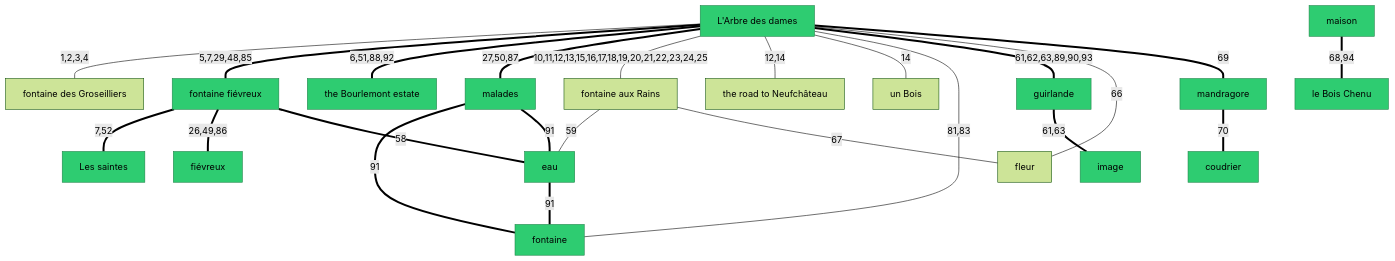
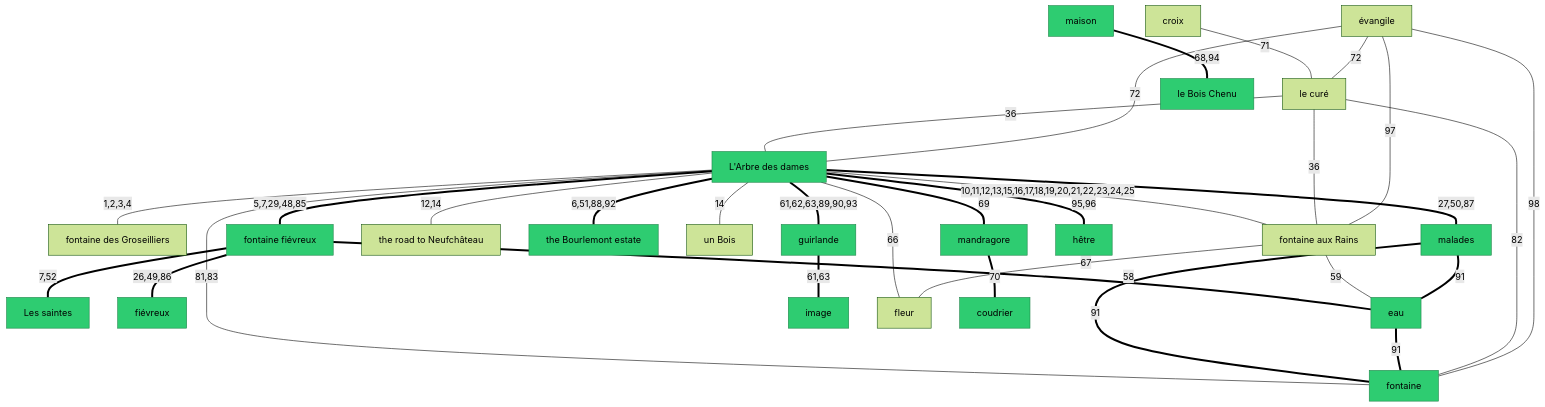
The diagram in README.md (kitty-catt/the-location-of-the-arbre-des-dames-and-the-spring-of-joan-of-arc), drawn with Mermaid (forest theme) before and after one commit. The commit also changed other lines of this file and 5 other files, not shown here.

````diff
--- a/README.md
+++ b/README.md
@@ -39,49 +39,62 @@
 ```mermaid
 graph TD
     classDef jeanneSourced fill:#2ecc71,stroke:#1e8449,color:#000;
 
     N1["L'Arbre des dames"]
     N3["fontaine des Groseilliers"]
     N4["fontaine fiévreux"]
     N5["fontaine aux Rains"]
     N6["the road to Neufchâteau"]
     N7["the Bourlemont estate"]
     N8["un Bois"]
     N9["Les saintes"]
     N10["fiévreux"]
     N11["malades"]
+    N13["le curé"]
     N19["fontaine"]
     N24["eau"]
     N26["guirlande"]
     N27["image"]
     N29["fleur"]
     N30["maison"]
     N31["mandragore"]
     N32["coudrier"]
+    N33["croix"]
+    N34["évangile"]
     N36["le Bois Chenu"]
+    N38["hêtre"]
 
     N1 -- "1,2,3,4" --- N3
     N1 == "5,7,29,48,85" === N4
     N1 == "6,51,88,92" === N7
     N4 == "7,52" === N9
     N4 == "26,49,86" === N10
     N1 == "27,50,87" === N11
     N1 -- "10,11,12,13,15,16,17,18,19,20,21,22,23,24,25" --- N5
     N1 -- "12,14" --- N6
     N1 -- "14" --- N8
     N1 -- "81,83" --- N19
     N4 == "58" === N24
     N5 -- "59" --- N24
     N1 == "61,62,63,89,90,93" === N26
     N26 == "61,63" === N27
     N1 -- "66" --- N29
     N5 -- "67" --- N29
     N30 == "68,94" === N36
     N1 == "69" === N31
     N31 == "70" === N32
     N11 == "91" === N19
     N24 == "91" === N19
     N11 == "91" === N24
+    N13 -- "36" --- N1
+    N13 -- "36" --- N5
+    N13 -- "82" --- N19
+    N33 -- "71" --- N13
+    N34 -- "72" --- N1
+    N34 -- "72" --- N13
+    N34 -- "97" --- N5
+    N34 -- "98" --- N19
+    N1 == "95,96" === N38
 
-    class N1,N4,N7,N9,N10,N11,N19,N24,N26,N27,N30,N31,N32,N36 jeanneSourced
+    class N1,N4,N7,N9,N10,N11,N19,N24,N26,N27,N30,N31,N32,N36,N38 jeanneSourced
 ```
````
